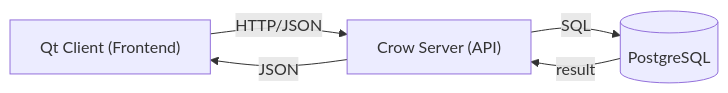
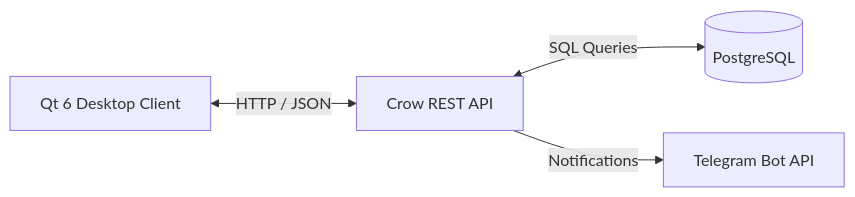
The second of 4 diagrams in README.md (cgsgag2/RoomSched), drawn with Mermaid before and after one commit. The commit also changed other lines of this file and 9 other files, not shown here.

````diff
--- a/README.md
+++ b/README.md
@@ -63,7 +168,17 @@
 ```mermaid
 flowchart LR
-    A["Qt Client (Frontend)"] -->|HTTP/JSON| B["Crow Server (API)"]
-    B -->|SQL| C[("PostgreSQL")]
-    C -->|result| B
-    B -->|JSON| A
+
+Client["Qt 6 Desktop Client"]
+
+API["Crow REST API"]
+
+DB[("PostgreSQL")]
+
+TG["Telegram Bot API"]
+
+Client <-->|HTTP / JSON| API
+
+API <-->|SQL Queries| DB
+
+API -->|Notifications| TG
 ```
````
